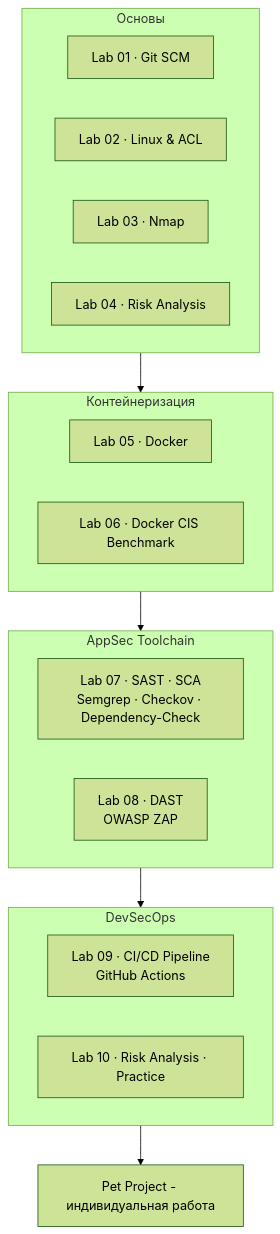
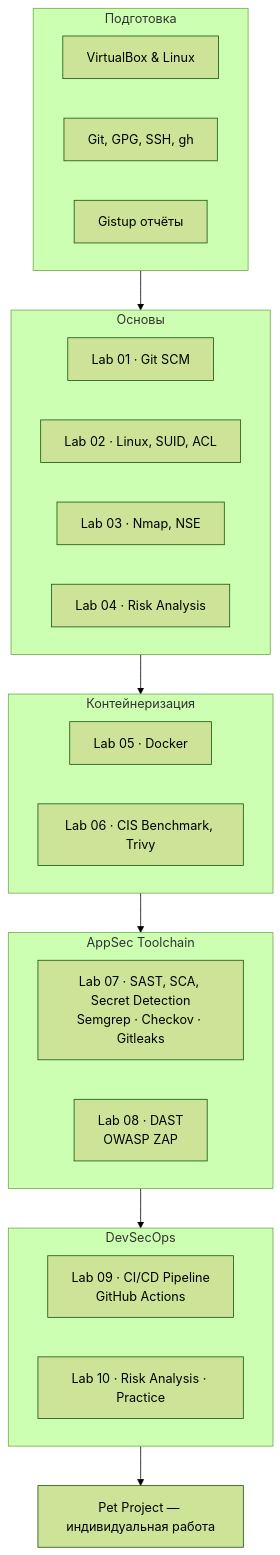
Before and after one commit to Drenajnayavoda/course_labs: the diagram in README.md, drawn with Mermaid (forest theme). The commit also changed other lines of this file and 12 other files, not shown here.

````diff
--- a/README.md
+++ b/README.md
@@ -74,31 +66,38 @@
 ```mermaid
 flowchart TD
+    subgraph Intro["Подготовка"]
+        I01["VirtualBox & Linux"]
+        I02["Git, GPG, SSH, gh"]
+        I03["Gistup отчёты"]
+    end
+
     subgraph Foundations["Основы"]
         L01["Lab 01 · Git SCM"]
-        L02["Lab 02 · Linux & ACL"]
-        L03["Lab 03 · Nmap"]
+        L02["Lab 02 · Linux, SUID, ACL"]
+        L03["Lab 03 · Nmap, NSE"]
         L04["Lab 04 · Risk Analysis"]
     end
 
     subgraph Containers["Контейнеризация"]
         L05["Lab 05 · Docker"]
-        L06["Lab 06 · Docker CIS Benchmark"]
+        L06["Lab 06 · CIS Benchmark, Trivy"]
     end
 
     subgraph AppSec["AppSec Toolchain"]
-        L07["Lab 07 · SAST · SCA\nSemgrep · Checkov · Dependency-Check"]
+        L07["Lab 07 · SAST, SCA, Secret Detection\nSemgrep · Checkov · Gitleaks"]
         L08["Lab 08 · DAST\nOWASP ZAP"]
     end
 
     subgraph DevSecOps["DevSecOps"]
         L09["Lab 09 · CI/CD Pipeline\nGitHub Actions"]
         L10["Lab 10 · Risk Analysis · Practice"]
     end
 
-    PET["Pet Project - индивидуальная работа"]
+    PET["Pet Project — индивидуальная работа"]
 
+    Intro --> Foundations
     Foundations --> Containers
     Containers --> AppSec
     AppSec --> DevSecOps
     DevSecOps --> PET
 ```
````
